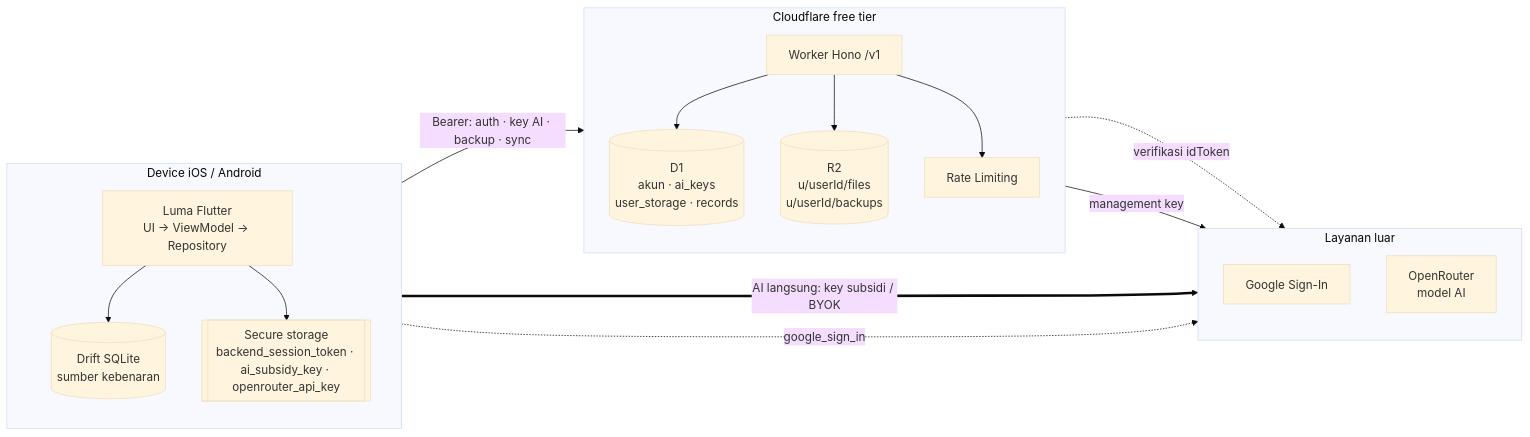
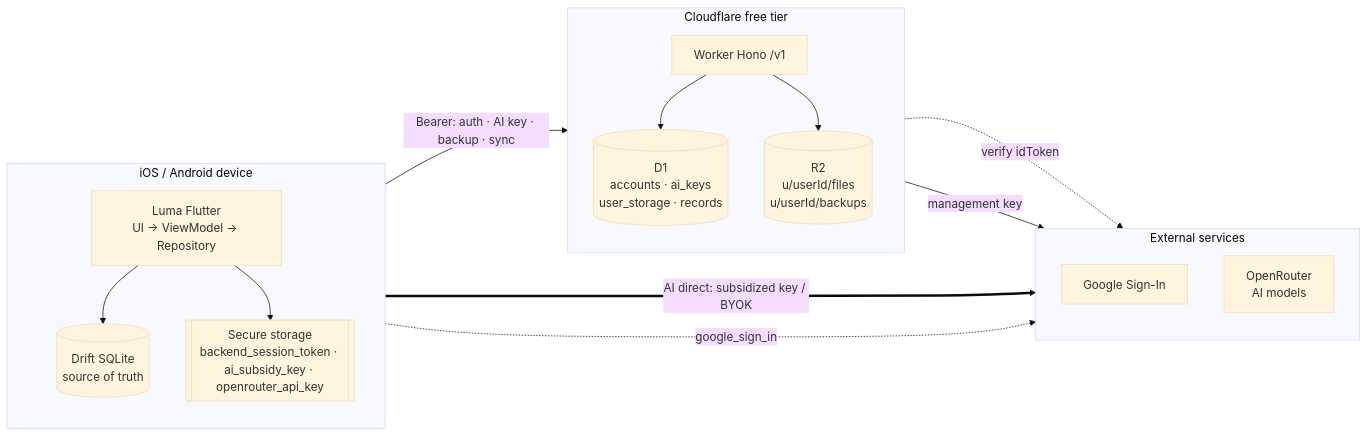
The first of 2 diagrams in docs/architecture.md (choiruladamm/luma), drawn with Mermaid (base theme) before and after one commit. The commit also changed other lines of this file and 105 other files, not shown here.

````diff
--- a/docs/architecture.md
+++ b/docs/architecture.md
@@ -7,31 +15,29 @@
 ```mermaid
 flowchart LR
-  subgraph Device["Device iOS / Android"]
+  subgraph Device["iOS / Android device"]
     direction TB
     App["Luma Flutter<br/>UI → ViewModel → Repository"]
-    Drift[("Drift SQLite<br/>sumber kebenaran")]
+    Drift[("Drift SQLite<br/>source of truth")]
     KC[["Secure storage<br/>backend_session_token · ai_subsidy_key · openrouter_api_key"]]
     App --> Drift
     App --> KC
   end
   subgraph CF["Cloudflare free tier"]
     direction TB
     W["Worker Hono /v1"]
-    D1[("D1<br/>akun · ai_keys<br/>user_storage · records")]
+    D1[("D1<br/>accounts · ai_keys<br/>user_storage · records")]
     R2[("R2<br/>u/userId/files<br/>u/userId/backups")]
-    RL["Rate Limiting"]
     W --> D1
     W --> R2
-    W --> RL
   end
-  subgraph EXT["Layanan luar"]
+  subgraph EXT["External services"]
     direction TB
     G["Google Sign-In"]
-    OR["OpenRouter<br/>model AI"]
+    OR["OpenRouter<br/>AI models"]
   end
-  App -- "Bearer: auth · key AI · backup · sync" --> W
-  W -. "verifikasi idToken" .-> G
+  App -- "Bearer: auth · AI key · backup · sync" --> W
+  W -. "verify idToken" .-> G
   W -- "management key" --> OR
-  App == "AI langsung: key subsidi / BYOK" ==> OR
+  App == "AI direct: subsidized key / BYOK" ==> OR
   App -. "google_sign_in" .-> G
 ```
````
